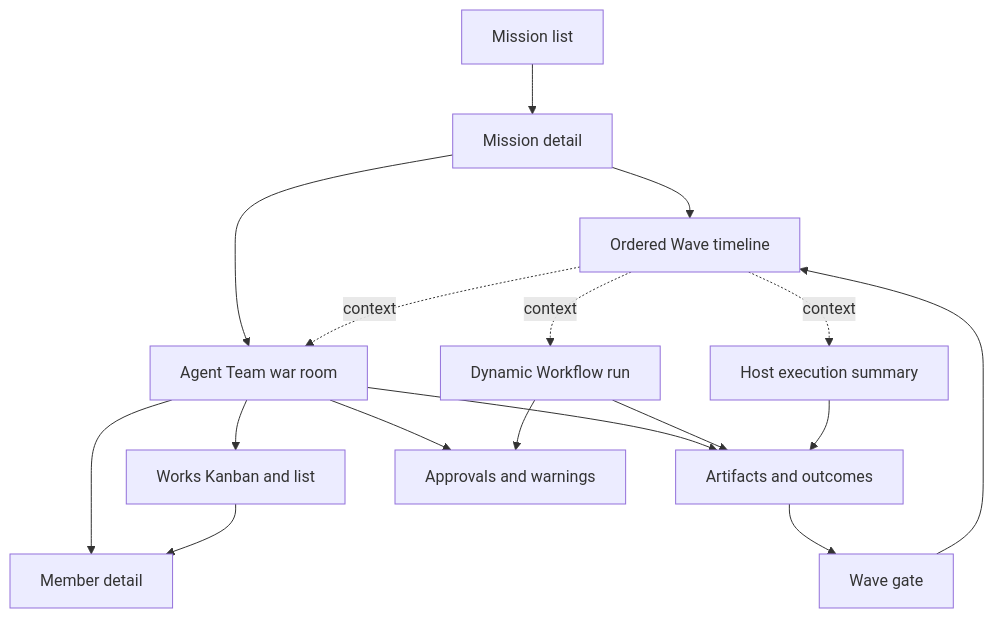
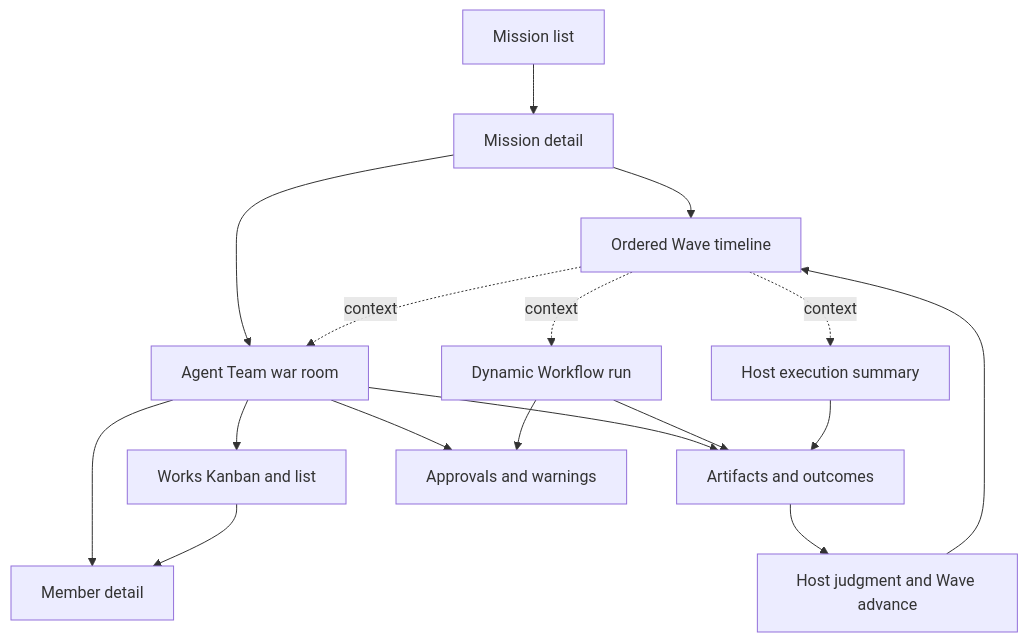
The diagram in docs/dashboard.md (cyl19970726/multi-agent-harness), drawn with Mermaid before and after one commit. The commit also changed other lines of this file and 11 other files, not shown here.

````diff
--- a/docs/dashboard.md
+++ b/docs/dashboard.md
@@ -46,31 +47,31 @@
 ```mermaid
 flowchart TD
   Missions[Mission list]
   Mission[Mission detail]
   Waves[Ordered Wave timeline]
   Team[Agent Team war room]
   Works[Works Kanban and list]
   Workflow[Dynamic Workflow run]
   Host[Host execution summary]
   Member[Member detail]
   Artifacts[Artifacts and outcomes]
-  Gate[Wave gate]
+  Decision[Host judgment and Wave advance]
   Warnings[Approvals and warnings]
 
   Missions --> Mission
   Mission --> Waves
   Mission --> Team
   Waves -. context .-> Team
   Waves -. context .-> Workflow
   Waves -. context .-> Host
   Team --> Member
   Team --> Works
   Works --> Member
   Team --> Artifacts
   Workflow --> Artifacts
   Host --> Artifacts
-  Artifacts --> Gate
-  Gate --> Waves
+  Artifacts --> Decision
+  Decision --> Waves
   Team --> Warnings
   Workflow --> Warnings
 ```
````
